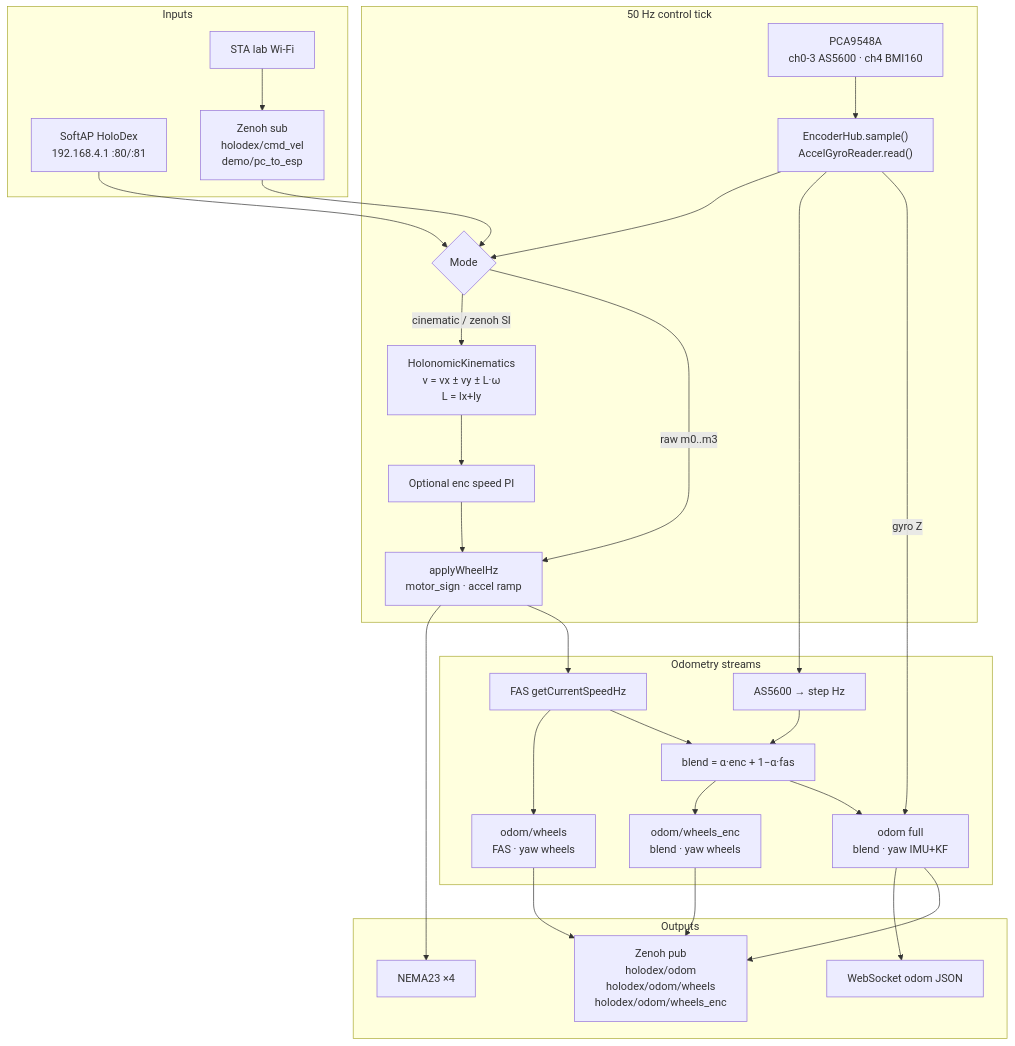
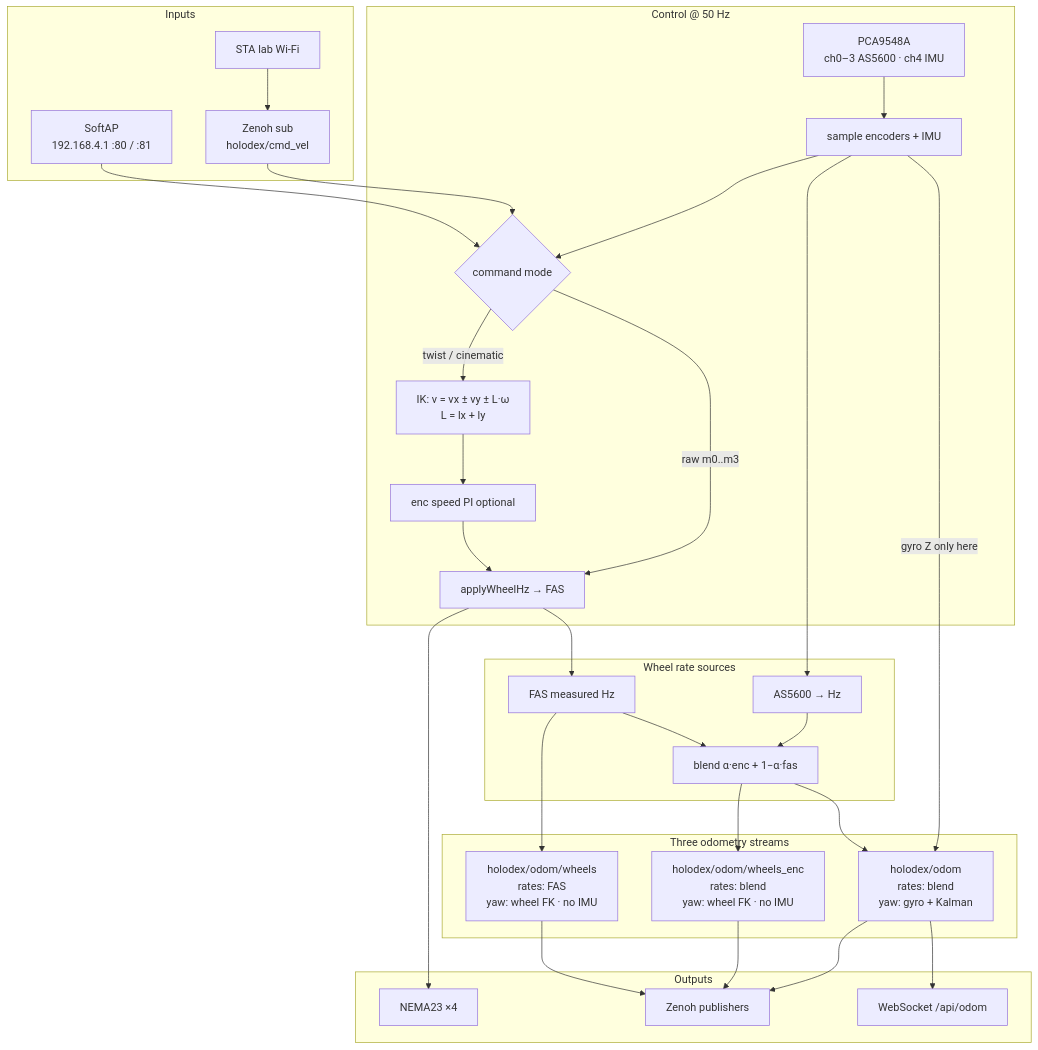
Before and after one commit to verlab/holodex: the second of 3 diagrams in README.md, drawn with Mermaid. The commit also changed other lines of this file, not shown here.

First line of the commit message:
docs(readme): refresh mermaid for three odometry streams

````diff
--- a/README.md
+++ b/README.md
@@ -47,50 +54,54 @@
 ```mermaid
 flowchart TB
   subgraph Inputs
-    SoftAP["SoftAP HoloDex\n192.168.4.1 :80/:81"]
+    SoftAP["SoftAP\n192.168.4.1 :80 / :81"]
     STA["STA lab Wi‑Fi"]
-    ZIN["Zenoh sub\nholodex/cmd_vel\ndemo/pc_to_esp"]
+    Zcmd["Zenoh sub\nholodex/cmd_vel"]
   end
 
-  subgraph Control["50 Hz control tick"]
-    MUX["PCA9548A\nch0-3 AS5600 · ch4 BMI160"]
-    SAMPLE["EncoderHub.sample()\nAccelGyroReader.read()"]
-    MODE{"Mode"}
-    IK["HolonomicKinematics\nv = vx ± vy ± L·ω\nL = lx+ly"]
-    PI["Optional enc speed PI"]
-    APPLY["applyWheelHz\nmotor_sign · accel ramp"]
+  subgraph Tick["Control @ 50 Hz"]
+    MUX["PCA9548A\nch0–3 AS5600 · ch4 IMU"]
+    SAMP["sample encoders + IMU"]
+    MODE{"command mode"}
+    IK["IK: v = vx ± vy ± L·ω\nL = lx + ly"]
+    PI["enc speed PI optional"]
+    OUT["applyWheelHz → FAS"]
   end
 
-  subgraph OdomBlock["Odometry streams"]
-    FASHz["FAS getCurrentSpeedHz"]
-    ENCHz["AS5600 → step Hz"]
-    BLEND["blend = α·enc + 1−α·fas"]
-    OW["odom/wheels\nFAS · yaw wheels"]
-    OWE["odom/wheels_enc\nblend · yaw wheels"]
-    OF["odom full\nblend · yaw IMU+KF"]
+  subgraph Rates["Wheel rate sources"]
+    FASHz["FAS measured Hz"]
+    ENCHz["AS5600 → Hz"]
+    BLEND["blend α·enc + 1−α·fas"]
   end
 
-  subgraph Outputs
-    WS["WebSocket odom JSON"]
-    ZOUT["Zenoh pub\nholodex/odom\nholodex/odom/wheels\nholodex/odom/wheels_enc"]
-    MOTORS["NEMA23 ×4"]
+  subgraph Odom["Three odometry streams"]
+    OW["holodex/odom/wheels\nrates: FAS\nyaw: wheel FK · no IMU"]
+    OWE["holodex/odom/wheels_enc\nrates: blend\nyaw: wheel FK · no IMU"]
+    OF["holodex/odom\nrates: blend\nyaw: gyro + Kalman"]
+  end
+
+  subgraph Pub["Outputs"]
+    WS["WebSocket /api/odom"]
+    ZP["Zenoh publishers"]
+    MOT["NEMA23 ×4"]
   end
 
   SoftAP --> MODE
-  STA --> ZIN --> MODE
-  MUX --> SAMPLE --> MODE
-  MODE -->|cinematic / zenoh SI| IK --> PI --> APPLY --> MOTORS
-  MODE -->|raw m0..m3| APPLY
-  APPLY --> FASHz
-  SAMPLE --> ENCHz
+  STA --> Zcmd --> MODE
+  MUX --> SAMP
+  SAMP --> MODE
+  MODE -->|twist / cinematic| IK --> PI --> OUT --> MOT
+  MODE -->|raw m0..m3| OUT
+  OUT --> FASHz
+  SAMP --> ENCHz
   FASHz --> OW
   FASHz --> BLEND
   ENCHz --> BLEND
   BLEND --> OWE
   BLEND --> OF
-  SAMPLE -->|gyro Z| OF
+  SAMP -->|gyro Z only here| OF
+  OW --> ZP
+  OWE --> ZP
+  OF --> ZP
   OF --> WS
-  OF --> ZOUT
-  OW --> ZOUT
-  OWE --> ZOUT
 ```
````
